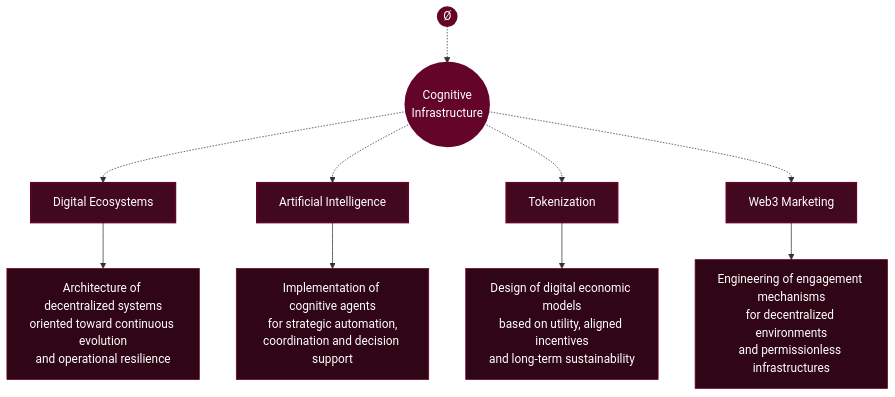
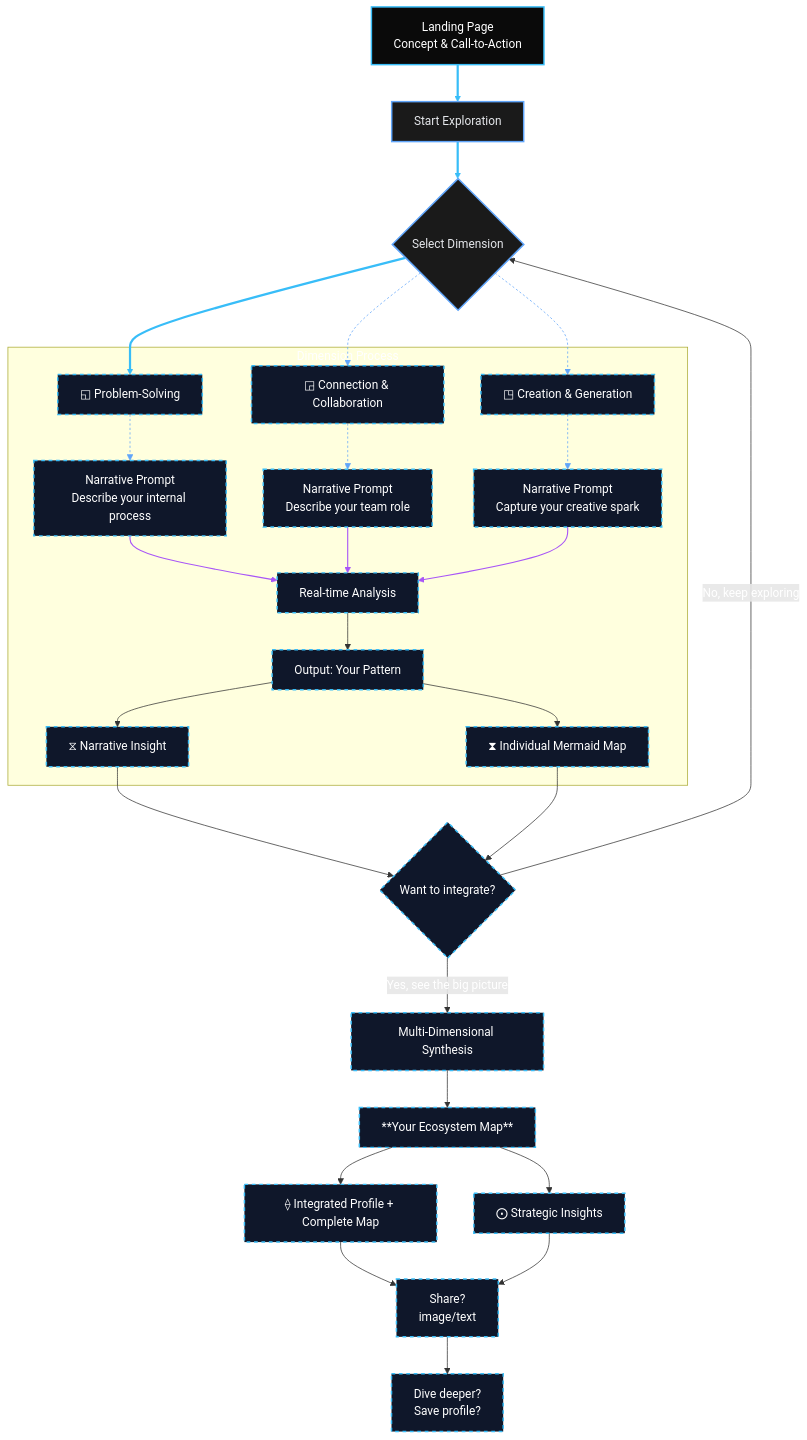
One commit to neomello/neomello changed the second of 2 diagrams in README.md. Above: the diagram before and after it, drawn with Mermaid. The commit also changed other lines of this file, not shown here.

````diff
--- a/README.md
+++ b/README.md
@@ -100,40 +100,58 @@
 ```mermaid
-flowchart TB
-    Start((Ø))
-    Core((Cognitive<br/>Infrastructure))
-    
-    Eco[Digital Ecosystems]
-    EcoDesc[Architecture of decentralized systems<br/>oriented toward continuous evolution<br/>and operational resilience]
-    
-    IA[Artificial Intelligence]
-    IADesc[Implementation of cognitive agents<br/>for strategic automation,<br/>coordination and decision support]
-    
-    Token[Tokenization]
-    TokenDesc[Design of digital economic models<br/>based on utility, aligned incentives<br/>and long-term sustainability]
-    
-    Web3[Web3 Marketing]
-    Web3Desc[Engineering of engagement mechanisms<br/>for decentralized environments<br/>and permissionless infrastructures]
-    
-    Start -.-> Core
-    
-    Core -.-> Eco
-    Core -.-> IA
-    Core -.-> Token
-    Core -.-> Web3
-    
-    Eco --> EcoDesc
-    IA --> IADesc
-    Token --> TokenDesc
-    Web3 --> Web3Desc
+flowchart TD
+A[Landing Page<br/>Concept & Call-to-Action] --> B[Start Exploration]
+B --> C{Select Dimension}
 
-    style Start fill:#640429,stroke:#640429,stroke-width:2px,color:#fff
-    style Core fill:#640429,stroke:#640429,stroke-width:4px,color:#fff
-    style Eco fill:#42081e,stroke:#640429,stroke-width:2px,color:#fff
-    style IA fill:#42081e,stroke:#640429,stroke-width:2px,color:#fff
-    style Token fill:#42081e,stroke:#640429,stroke-width:2px,color:#fff
-    style Web3 fill:#42081e,stroke:#640429,stroke-width:2px,color:#fff
-    style EcoDesc fill:#300515,stroke:#640429,stroke-width:1px,color:#fff
-    style IADesc fill:#300515,stroke:#640429,stroke-width:1px,color:#fff
-    style TokenDesc fill:#300515,stroke:#640429,stroke-width:1px,color:#fff
-    style Web3Desc fill:#300515,stroke:#640429,stroke-width:1px,color:#fff
+C --> D1[ ◱ Problem-Solving]
+C --> D2[ ◲ Connection & Collaboration]
+C --> D3[ ◳ Creation & Generation]
+
+subgraph "Dimension Process"
+    D1 --> E1[Narrative Prompt<br/>Describe your internal process]
+    D2 --> E2[Narrative Prompt<br/>Describe your team role]
+    D3 --> E3[Narrative Prompt<br/>Capture your creative spark]
+
+    E1 --> F[Real-time Analysis]
+    E2 --> F
+    E3 --> F
+
+    F --> G[Output: Your Pattern]
+    G --> H1[⧖  Narrative Insight]
+    G --> H2[⧗ Individual Mermaid Map]
+end
+
+H1 --> I{Want to integrate?}
+H2 --> I
+
+I -->|Yes, see the big picture| J[Multi-Dimensional Synthesis]
+I -->|No, keep exploring| C
+
+J --> K[**Your Ecosystem Map**]
+K --> L[ ⟠ Integrated Profile + Complete Map]
+K --> M[ ⨀ Strategic Insights]
+
+L --> N[Share?<br/>image/text]
+M --> N
+
+N --> O[Dive deeper?<br/>Save profile?]
+
+%% Classes
+classDef root fill:#0a0a0a,stroke:#38bdf8,stroke-width:2px,color:#fff
+classDef spine fill:#1a1a1a,stroke:#60a5fa,stroke-width:2px,color:#e5e7eb
+classDef core fill:#0f172a,stroke:#38bdf8,stroke-width:2px,color:#fff,stroke-dasharray:5
+classDef gray fill:#18181b,stroke:#71717a,stroke-width:1px,color:#a1a1aa
+classDef blue fill:#0c4a6e,stroke:#38bdf8,stroke-width:1px,color:#bae6fd
+classDef pink fill:#500724,stroke:#ec4899,stroke-width:1px,color:#fbcfe8
+
+%% Apply classes to nodes
+class A root
+class B,C spine
+class D1,D2,D3,E1,E2,E3,F,G,H1,H2,I,J,K,L,M,N,O core
+%% Note: You may want to apply specific color classes to certain nodes based on your design.
+%% For example: class D1,D2,D3 blue or class H1,H2 pink depending on your color scheme.
+
+%% Link styling
+linkStyle 0,1,2 stroke:#38bdf8,stroke-width:3px
+linkStyle 3,4,5,6,7 stroke:#60a5fa,stroke-width:1px,stroke-dasharray:3
+linkStyle 8,9,10 stroke:#a855f7,stroke-width:1.5px
 ```
````
